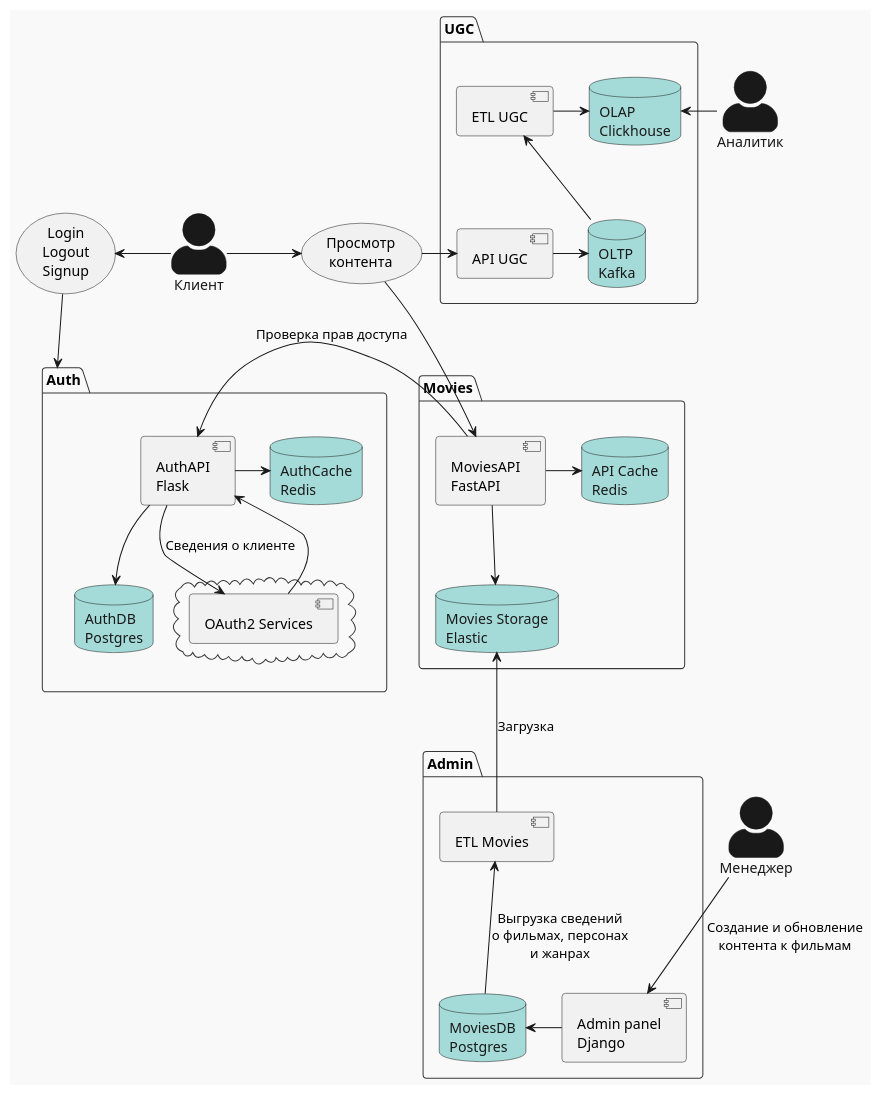
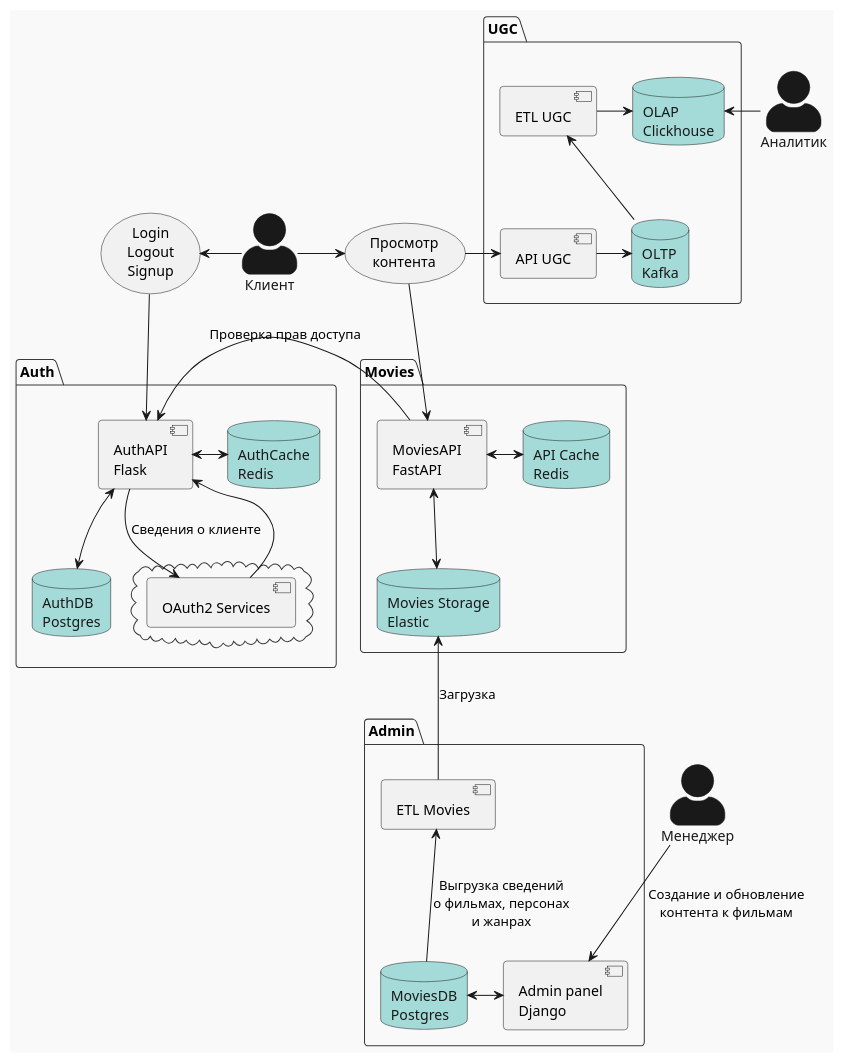
One commit to RuslanSibgatulin/ugc_sprint_2 changed the diagram in Architecture/Cinema-TOBE.plantuml. Above: the diagram before and after it, drawn with PlantUML. The commit also changed 7 other files, not shown here.

```diff
--- a/Architecture/Cinema-TOBE.plantuml
+++ b/Architecture/Cinema-TOBE.plantuml
@@ -1,64 +1,64 @@
 @startuml
 !theme mars
 skinparam componentStyle uml2
 skinparam actorStyle awesome
 
 
 :Клиент: as CC
 :Менеджер: as MC
 :Аналитик: as AC 
 
 usecase "Login\nLogout\nSignup" as auth
 usecase "Просмотр\nконтента" as content
 
 CC -left-> auth
 CC -right-> content
 
 package Auth {
 [AuthAPI\nFlask] as AuthAPI
 database "AuthCache\nRedis" as AuthCache
 database "AuthDB\nPostgres" as AuthDB
-AuthAPI -> AuthCache
-AuthAPI -down-> AuthDB
+AuthAPI <-> AuthCache
+AuthAPI <-down-> AuthDB
 cloud {
 [OAuth2 Services] as oauth2
 }
 oauth2 -down-> AuthAPI
 oauth2 <-up- AuthAPI: Cведения о клиенте
-auth -> Auth
+auth -> AuthAPI
 }
 
 package Movies {
 [MoviesAPI\nFastAPI] as MoviesAPI
 database "Movies Storage\nElastic" as ES
 database "API Cache\nRedis" as redis
-MoviesAPI -down-> ES
-MoviesAPI -> redis
+MoviesAPI <-down-> ES
+MoviesAPI <-> redis
 }
 content -down-> MoviesAPI
 MoviesAPI -> AuthAPI: Проверка прав доступа
 
 package Admin {
 component "Admin panel\nDjango" as Django
 database "MoviesDB\nPostgres" as MoviesDB
-Django -> MoviesDB
+Django <-> MoviesDB
 [ETL Movies] as ETL1
 ETL1 -up-> ES: Загрузка
 ETL1 <-down- MoviesDB: Выгрузка сведений\nо фильмах, персонах\nи жанрах
 MC -down-> Django: Создание и обновление\nконтента к фильмам
 }
 
 package UGC {
 [API UGC] as UGCAPI
 database "OLTP\nKafka" as OLTP
 UGCAPI -> OLTP
 [ETL UGC] as ETLUGC
 ETLUGC <-down- OLTP
 ' note left of ETL_UGC : Перегрузка данных\nиз транзакционного хранилища\nв аналитическое
 database "OLAP\nClickhouse" as OLAP
 ETLUGC -> OLAP
 }
 content -> UGCAPI
 AC -> OLAP
 
 @enduml
```
